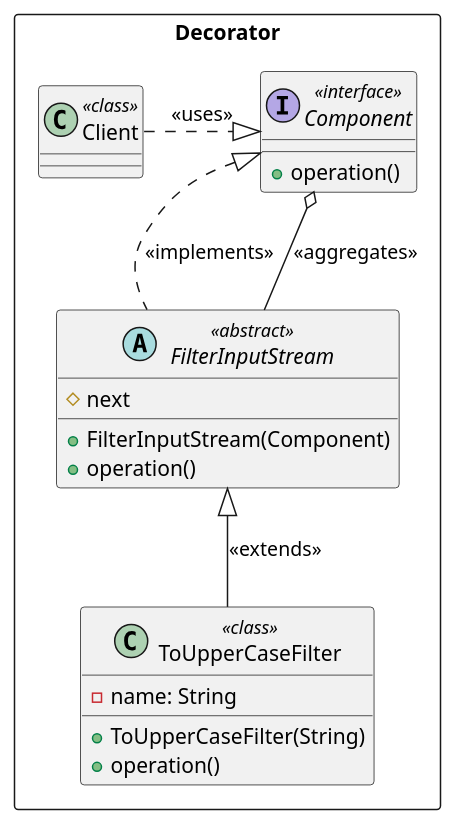
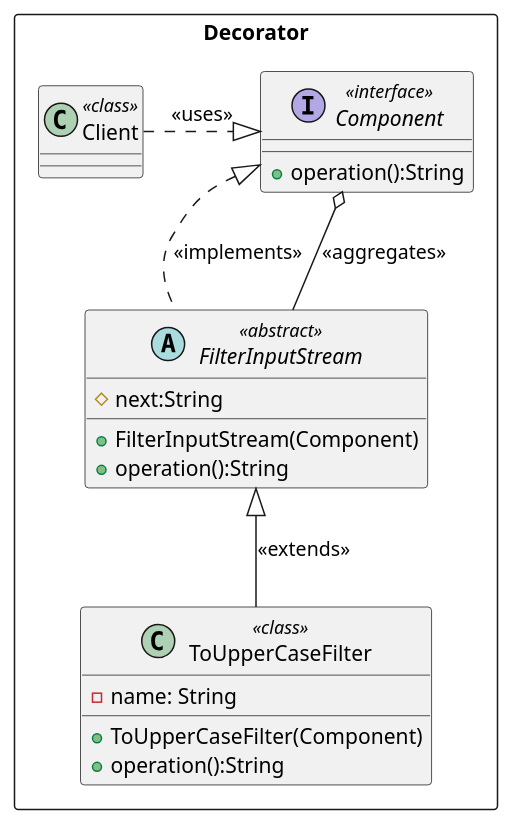
The diagram in src/main/JAVA_SRC/_1nbetw33n/_1NSIDE_STYX/SoftwareEngineering1/EX9/NO1/CD_Decorator.puml (1nbetw33n/1NSIDE_STYX), drawn with PlantUML before and after one commit. The commit also changed 3 other files, not shown here.

Commit message:
Simplified the implementation of ToUpperCaseFilter.operation to return a String. Successfully tested the implementation:)

```diff
--- a/src/main/JAVA_SRC/_1nbetw33n/_1NSIDE_STYX/SoftwareEngineering1/EX9/NO1/CD_Decorator.puml
+++ b/src/main/JAVA_SRC/_1nbetw33n/_1NSIDE_STYX/SoftwareEngineering1/EX9/NO1/CD_Decorator.puml
@@ -1,26 +1,26 @@
 @startuml
 rectangle Decorator {
     class Client <<class>>{}
 
     interface Component <<interface>>{
-        +operation()
+        +operation():String
     }
 
     abstract class  FilterInputStream <<abstract>> {
-        #next
+        #next:String
         +FilterInputStream(Component)
-        +operation()
+        +operation():String
     }
 
     class ToUpperCaseFilter <<class>>{
         -name: String
-        +ToUpperCaseFilter(String)
-        +operation()
+        +ToUpperCaseFilter(Component)
+        +operation():String
     }
 
     Client  .right.|> Component: <<uses>>
     FilterInputStream --o Component: <<aggregates>>
     FilterInputStream .up.|> Component: <<implements>>
     ToUpperCaseFilter -up-|> FilterInputStream: <<extends>>
 }
 @enduml
```
